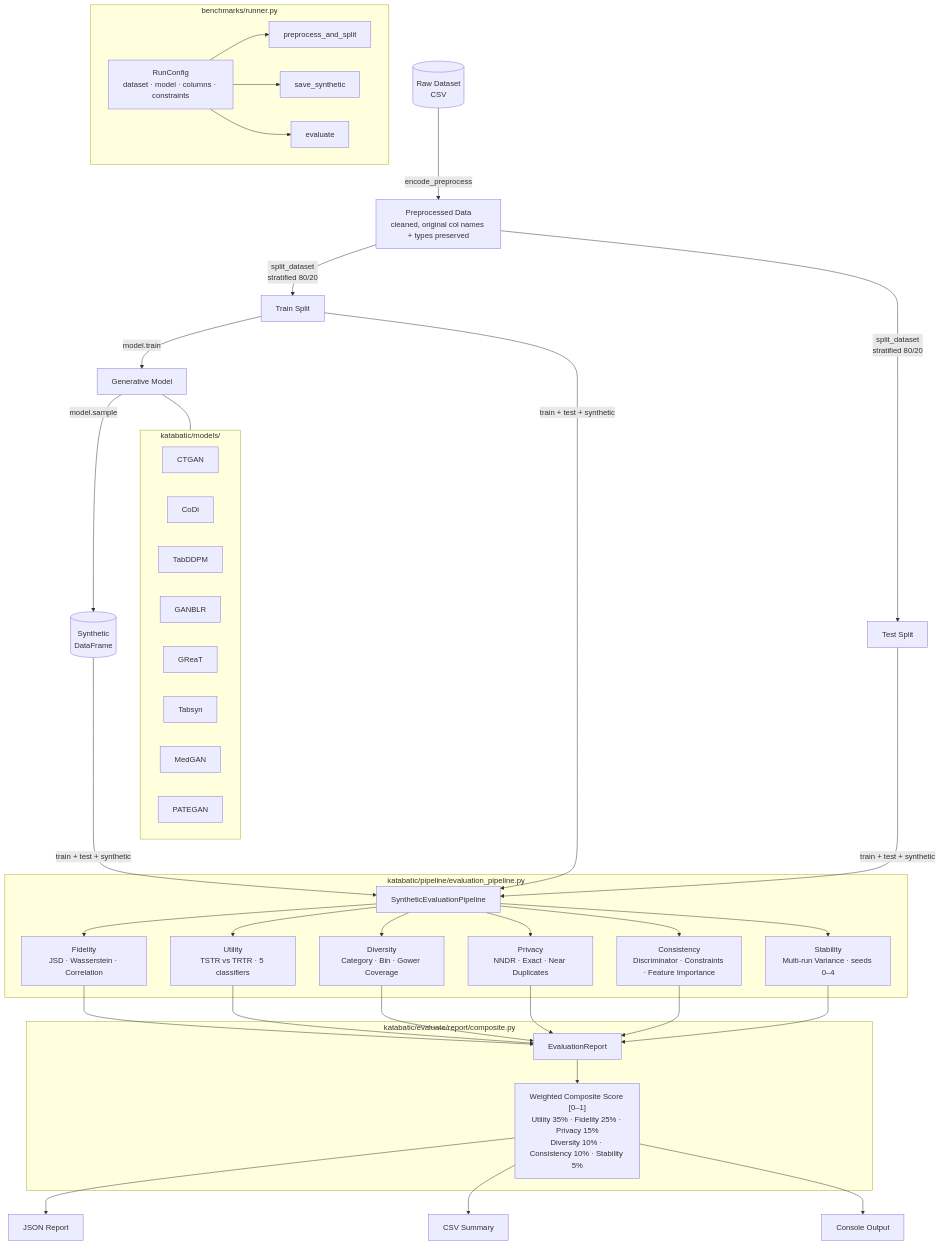
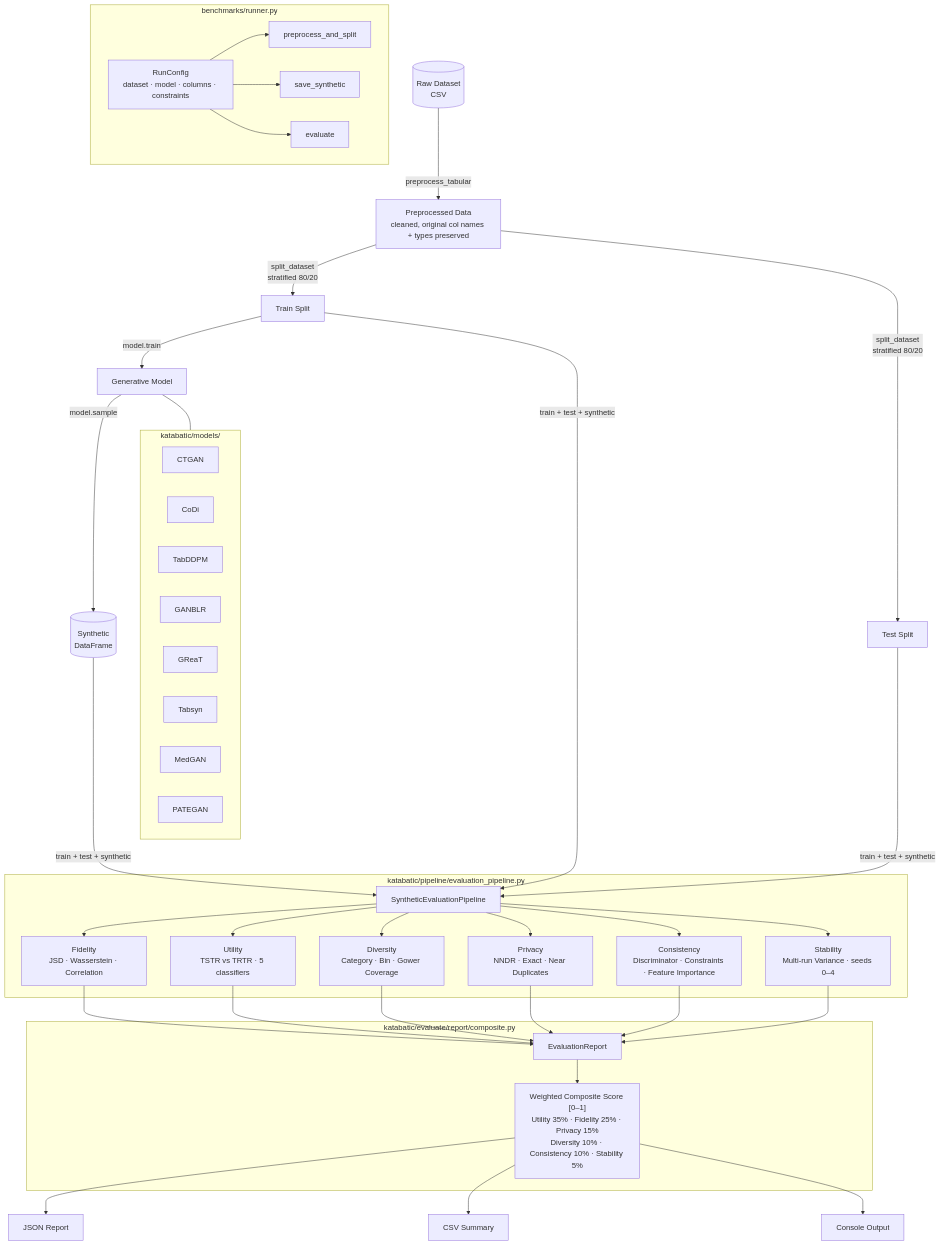
Before and after one commit to datascience-works/Katabatic: the first of 3 diagrams in ARCHITECTURE.md, drawn with Mermaid. The commit also changed other lines of this file and 6 other files, not shown here.

````diff
--- a/ARCHITECTURE.md
+++ b/ARCHITECTURE.md
@@ -11,60 +11,60 @@
 ```mermaid
 flowchart TD
     %% ── Data Preparation ──────────────────────────────────────
-    A[(Raw Dataset\nCSV)] -->|encode_preprocess| B[Preprocessed Data\ncleaned, original col names + types preserved]
+    A[(Raw Dataset\nCSV)] -->|preprocess_tabular| B[Preprocessed Data\ncleaned, original col names + types preserved]
     B -->|split_dataset\nstratified 80/20| C[Train Split] & D[Test Split]
 
     %% ── Model Training ────────────────────────────────────────
     C -->|model.train| E[Generative Model]
 
     subgraph models [katabatic/models/]
         direction LR
         M1[CTGAN]
         M2[CoDi]
         M3[TabDDPM]
         M4[GANBLR]
         M5[GReaT]
         M6[Tabsyn]
         M7[MedGAN]
         M8[PATEGAN]
     end
 
     E --- models
 
     %% ── Synthetic Data Generation ─────────────────────────────
     E -->|model.sample| F[(Synthetic\nDataFrame)]
 
     %% ── Evaluation Pipeline ───────────────────────────────────
     C & D & F -->|train + test + synthetic| G
 
     subgraph pipeline [katabatic/pipeline/evaluation_pipeline.py]
         G[SyntheticEvaluationPipeline]
 
         G --> FID[Fidelity\nJSD · Wasserstein · Correlation]
         G --> UTL[Utility\nTSTR vs TRTR · 5 classifiers]
         G --> DIV[Diversity\nCategory · Bin · Gower Coverage]
         G --> PRV[Privacy\nNNDR · Exact · Near Duplicates]
         G --> CON[Consistency\nDiscriminator · Constraints · Feature Importance]
         G --> STB[Stability\nMulti-run Variance · seeds 0–4]
     end
 
     %% ── Report ────────────────────────────────────────────────
     FID & UTL & DIV & PRV & CON & STB --> R
 
     subgraph report [katabatic/evaluate/report/composite.py]
         R[EvaluationReport]
         R --> W["Weighted Composite Score [0–1]\nUtility 35% · Fidelity 25% · Privacy 15%\nDiversity 10% · Consistency 10% · Stability 5%"]
     end
 
     W --> OUT1[JSON Report]
     W --> OUT2[CSV Summary]
     W --> OUT3[Console Output]
 
     %% ── Runner helper (benchmarks only) ───────────────────────
     subgraph runner [benchmarks/runner.py]
         RC[RunConfig\ndataset · model · columns · constraints]
         RC --> PPS[preprocess_and_split]
         RC --> SS[save_synthetic]
         RC --> EV[evaluate]
     end
 ```
````
